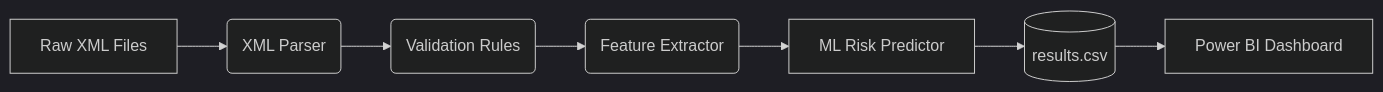
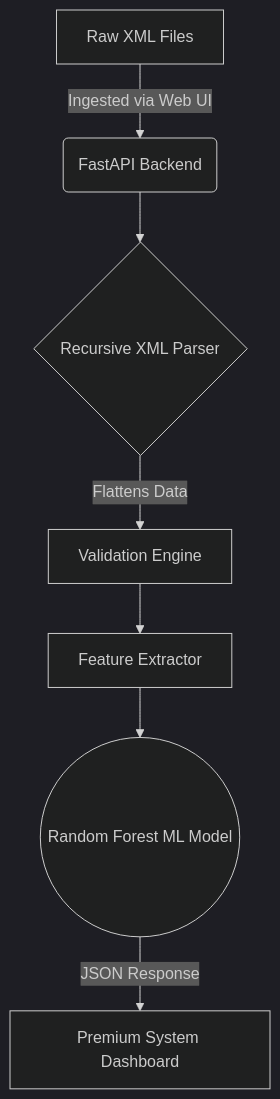
Before and after one commit to vishnuatgit/SupplyTrace: the diagram in README.md, drawn with Mermaid (dark theme). The commit also changed other lines of this file, not shown here.

````diff
--- a/README.md
+++ b/README.md
@@ -18,9 +14,9 @@
 ```mermaid
-graph LR
-    A[Raw XML Files] --> B(XML Parser)
-    B --> C(Validation Rules)
-    C --> D(Feature Extractor)
-    D --> E[ML Risk Predictor]
-    E --> F[(results.csv)]
-    F --> G[Power BI Dashboard]
+graph TD
+    A[Raw XML Files] -->|Ingested via Web UI| B(FastAPI Backend)
+    B --> C{Recursive XML Parser}
+    C -->|Flattens Data| D[Validation Engine]
+    D --> E[Feature Extractor]
+    E --> F((Random Forest ML Model))
+    F -->|JSON Response| G[Premium System Dashboard]
 ```
````
